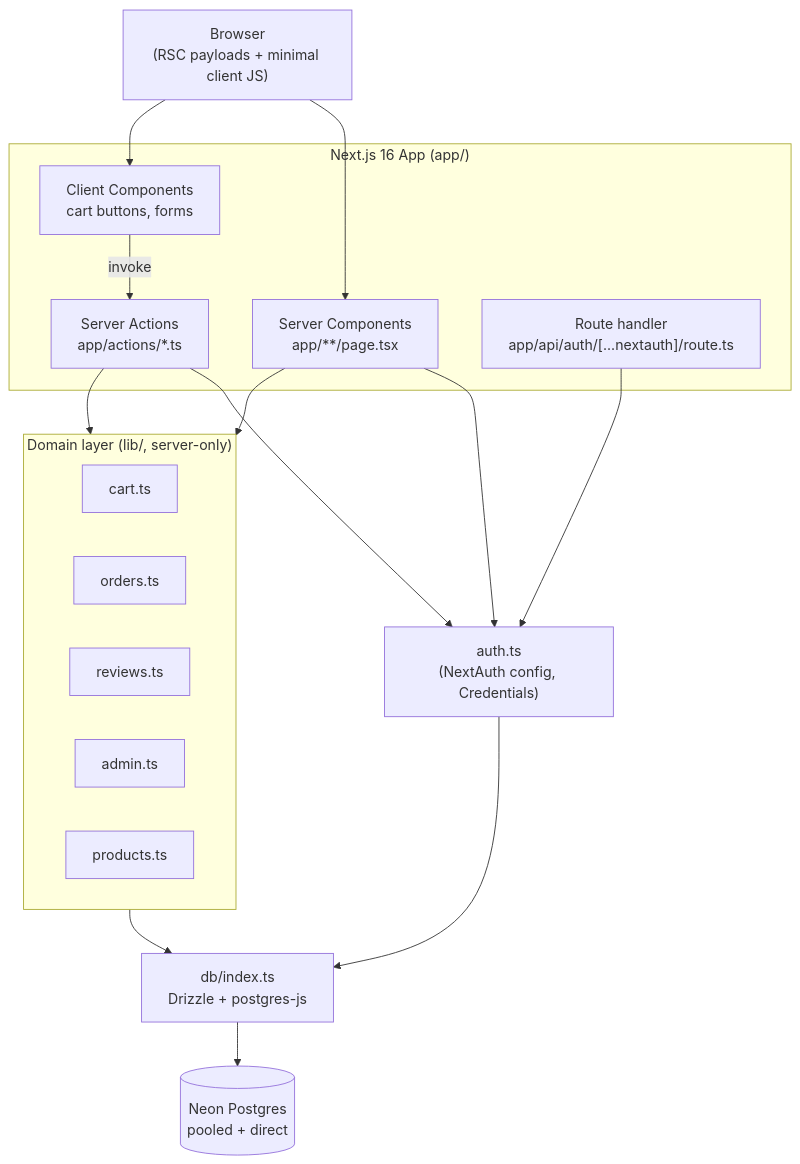
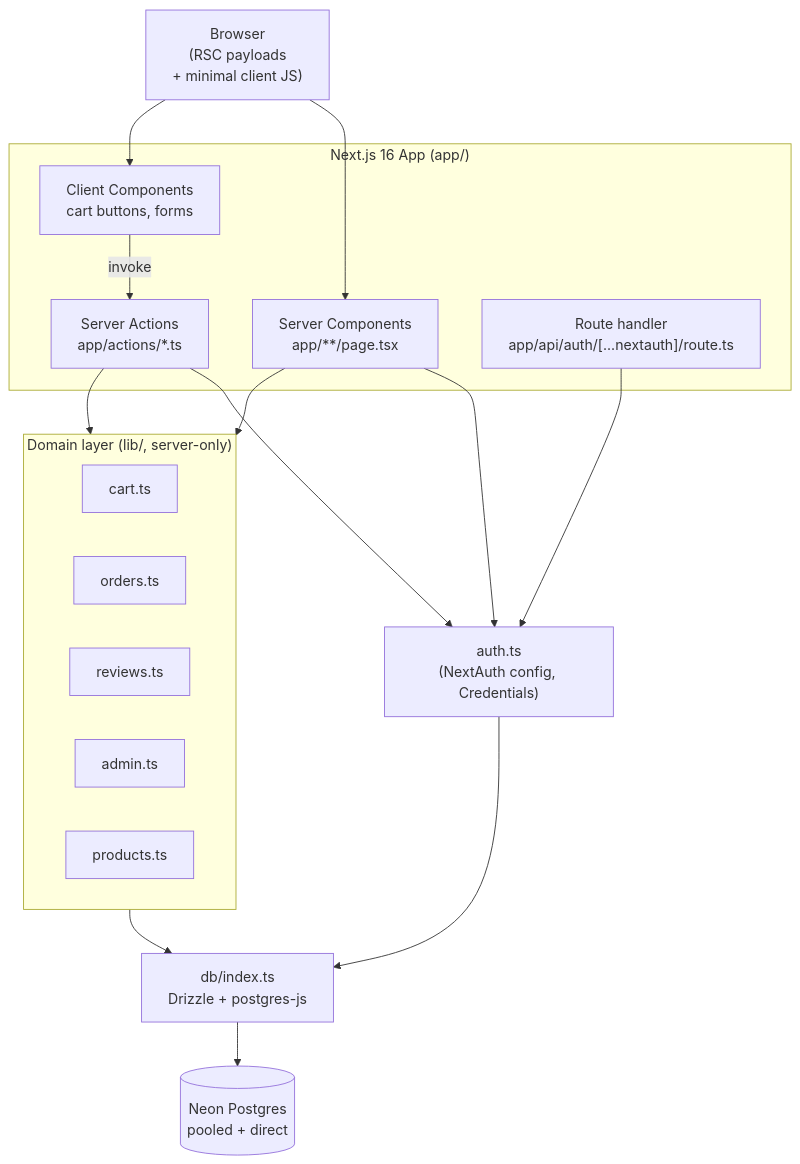
Before and after one commit to in43sh/homebuzz: the first of 3 diagrams in docs/TECHNICAL_GUIDE.md, drawn with Mermaid. The commit also changed 3 other files, not shown here.

Commit message:
docs: add concepts, walkthrough, and questions docs; fix diagram label

````diff
--- a/docs/TECHNICAL_GUIDE.md
+++ b/docs/TECHNICAL_GUIDE.md
@@ -35,35 +35,35 @@
 ```mermaid
 flowchart TD
-  Browser["Browser<br/>(RSC payloads + minimal client JS)"]
+  Browser["Browser<br/>(RSC payloads<br/>+ minimal client JS)"]
 
   subgraph NextApp["Next.js 16 App (app/)"]
     Pages["Server Components<br/>app/**/page.tsx"]
     Actions["Server Actions<br/>app/actions/*.ts"]
     AuthRoute["Route handler<br/>app/api/auth/[...nextauth]/route.ts"]
     ClientCmp["Client Components<br/>cart buttons, forms"]
   end
 
   subgraph Lib["Domain layer (lib/, server-only)"]
     LCart["cart.ts"]
     LOrders["orders.ts"]
     LReviews["reviews.ts"]
     LAdmin["admin.ts"]
     LProducts["products.ts"]
   end
 
   AuthTs["auth.ts<br/>(NextAuth config, Credentials)"]
   DB["db/index.ts<br/>Drizzle + postgres-js"]
   Neon[("Neon Postgres<br/>pooled + direct")]
 
   Browser --> Pages
   Browser --> ClientCmp
   ClientCmp -->|invoke| Actions
   Pages --> Lib
   Actions --> Lib
   Actions --> AuthTs
   Pages --> AuthTs
   AuthRoute --> AuthTs
   Lib --> DB
   AuthTs --> DB
   DB --> Neon
 ```
````
